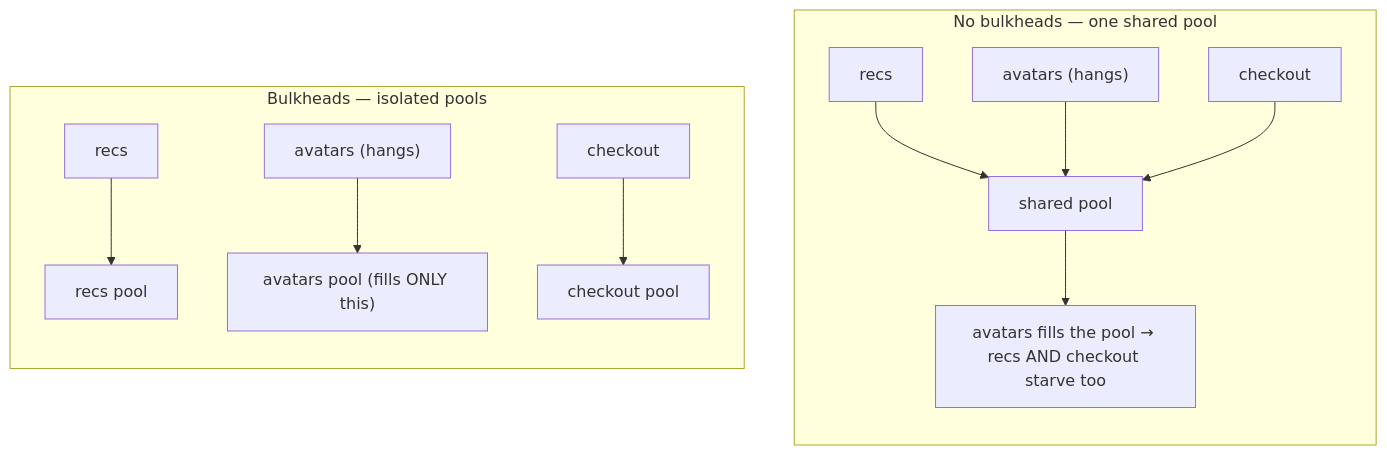
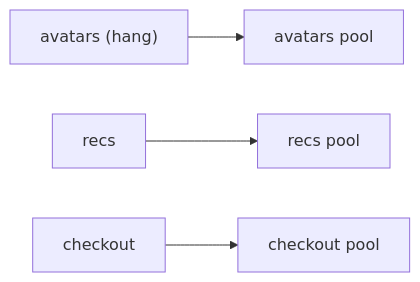
One commit to Topurrra/themissingmanual changed the second of 3 diagrams in guides/designing-for-failure/03-failing-soft.md. Above: the diagram before and after it, drawn with Mermaid. The commit also changed other lines of this file and 15 other files, not shown here.

Commit message:
fixed mermaid diagrams

````diff
--- a/guides/designing-for-failure/03-failing-soft.md
+++ b/guides/designing-for-failure/03-failing-soft.md
@@ -89,16 +98,6 @@
 ```mermaid
-flowchart TB
-  subgraph NoBulk["No bulkheads — one shared pool"]
-    direction TB
-    Recs1[recs] --> Shared["shared pool"]
-    Av1["avatars (hangs)"] --> Shared
-    Co1[checkout] --> Shared
-    Shared --> Starve["avatars fills the pool → recs AND checkout starve too"]
-  end
-  subgraph Bulk["Bulkheads — isolated pools"]
-    direction TB
-    Recs2[recs] --> PR[recs pool]
-    Av2["avatars (hangs)"] --> PA["avatars pool (fills ONLY this)"]
-    Co2[checkout] --> PC[checkout pool]
-  end
+flowchart LR
+  Av2["avatars (hang)"] --> PA[avatars pool]
+  Recs2[recs] --> PR[recs pool]
+  Co2[checkout] --> PC[checkout pool]
 ```
````
